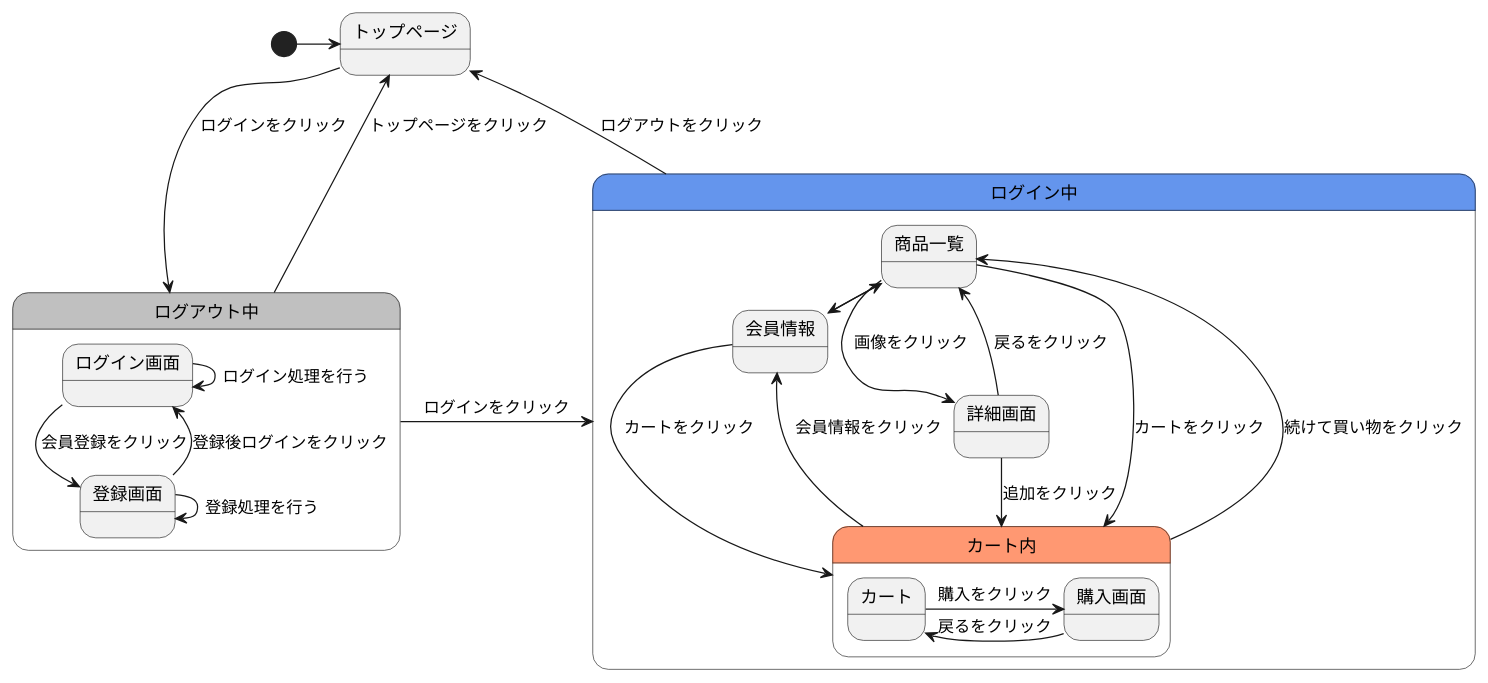
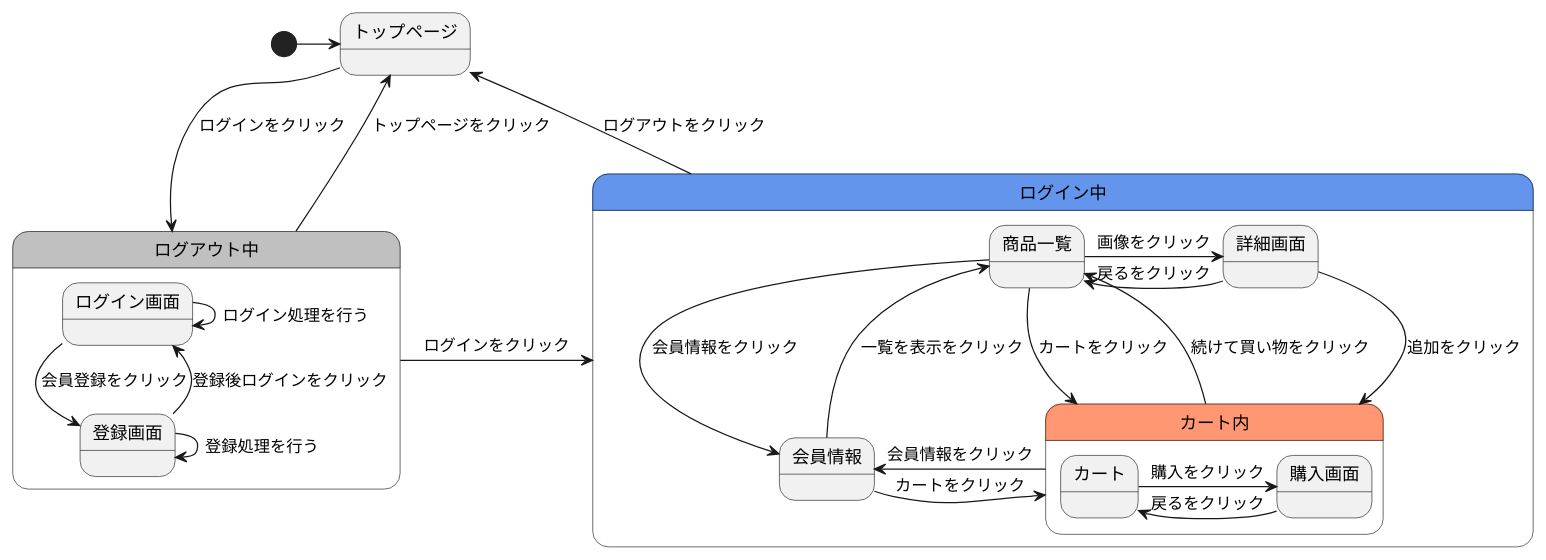
The diagram in gamen2.md (Aso2001409/2021sys-design), drawn with PlantUML before and after one commit.

````diff
--- a/gamen2.md
+++ b/gamen2.md
@@ -1,30 +1,30 @@
 ```uml
 @startuml
 [*]->トップページ
 トップページ-->ログアウト中 :ログインをクリック
 ログアウト中->トップページ :トップページをクリック
 ログイン中->トップページ : ログアウトをクリック
 state ログアウト中 #C0C0C0{
   ログイン画面-->登録画面 :会員登録をクリック
   ログイン画面->ログイン画面 :ログイン処理を行う
   登録画面->登録画面 :登録処理を行う
   登録画面--> ログイン画面 :登録後ログインをクリック
 }
 ログアウト中->ログイン中 :ログインをクリック
 state ログイン中 #6495ED{
-  商品一覧-->詳細画面 :画像をクリック
+  商品一覧->詳細画面 :画像をクリック
   商品一覧--->カート内 :カートをクリック
   商品一覧->会員情報 :会員情報をクリック
   詳細画面->商品一覧 :戻るをクリック
   詳細画面->カート内 :追加をクリック
   会員情報->商品一覧 :一覧を表示をクリック
   会員情報->カート内 :カートをクリック
   state カート内 #FF9872{
     カート->購入画面 :購入をクリック
     購入画面->カート :戻るをクリック
     }  
   カート内->商品一覧 :続けて買い物をクリック
   カート内->会員情報 :会員情報をクリック
   }
 @enduml
 ```
````
